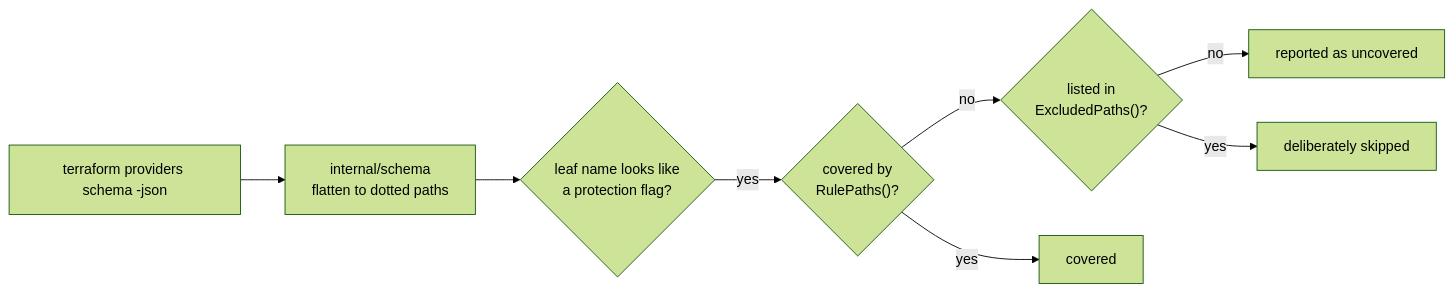
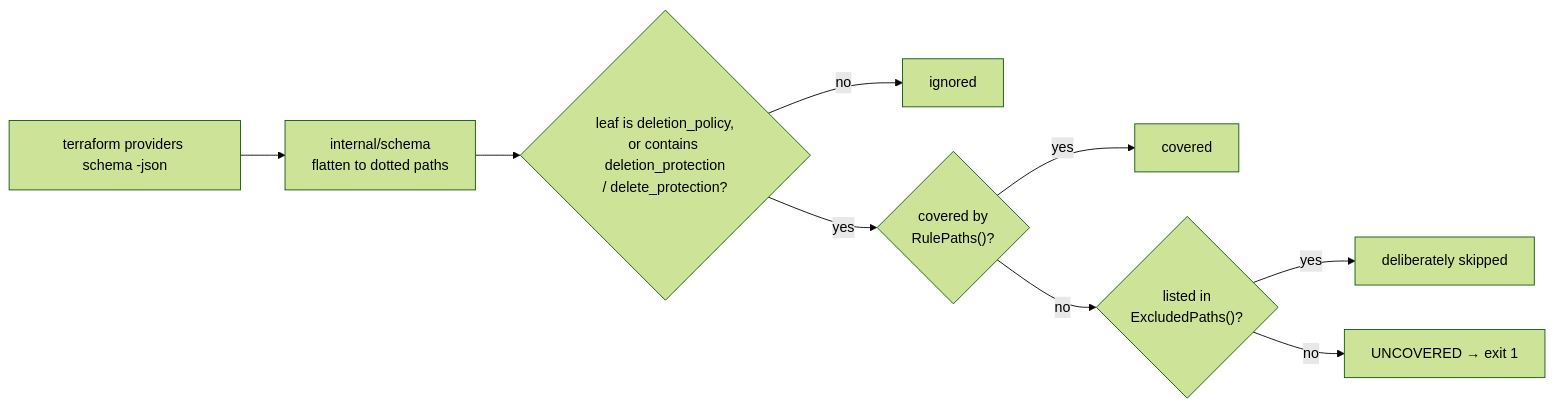
One commit to nakamasato/tfgcpvalidator changed the fifth of 5 diagrams in docs/architecture.md. Above: the diagram before and after it, drawn with Mermaid (forest theme). The commit also changed other lines of this file and 2 other files, not shown here.

First line of the commit message:
docs: separate Terraform-level and GCP-level deletion protection

````diff
--- a/docs/architecture.md
+++ b/docs/architecture.md
@@ -151,10 +250,11 @@
 ```mermaid
 flowchart LR
     A["terraform providers schema -json"] --> B["internal/schema<br/>flatten to dotted paths"]
-    B --> C{"leaf name looks like<br/>a protection flag?"}
+    B --> C{"leaf is deletion_policy,<br/>or contains deletion_protection<br/>/ delete_protection?"}
+    C -- no --> Z["ignored"]
     C -- yes --> D{"covered by<br/>RulePaths()?"}
+    D -- yes --> H["covered"]
     D -- no --> E{"listed in<br/>ExcludedPaths()?"}
-    E -- no --> F["reported as uncovered"]
     E -- yes --> G["deliberately skipped"]
-    D -- yes --> H["covered"]
+    E -- no --> F["UNCOVERED → exit 1"]
 ```
````
